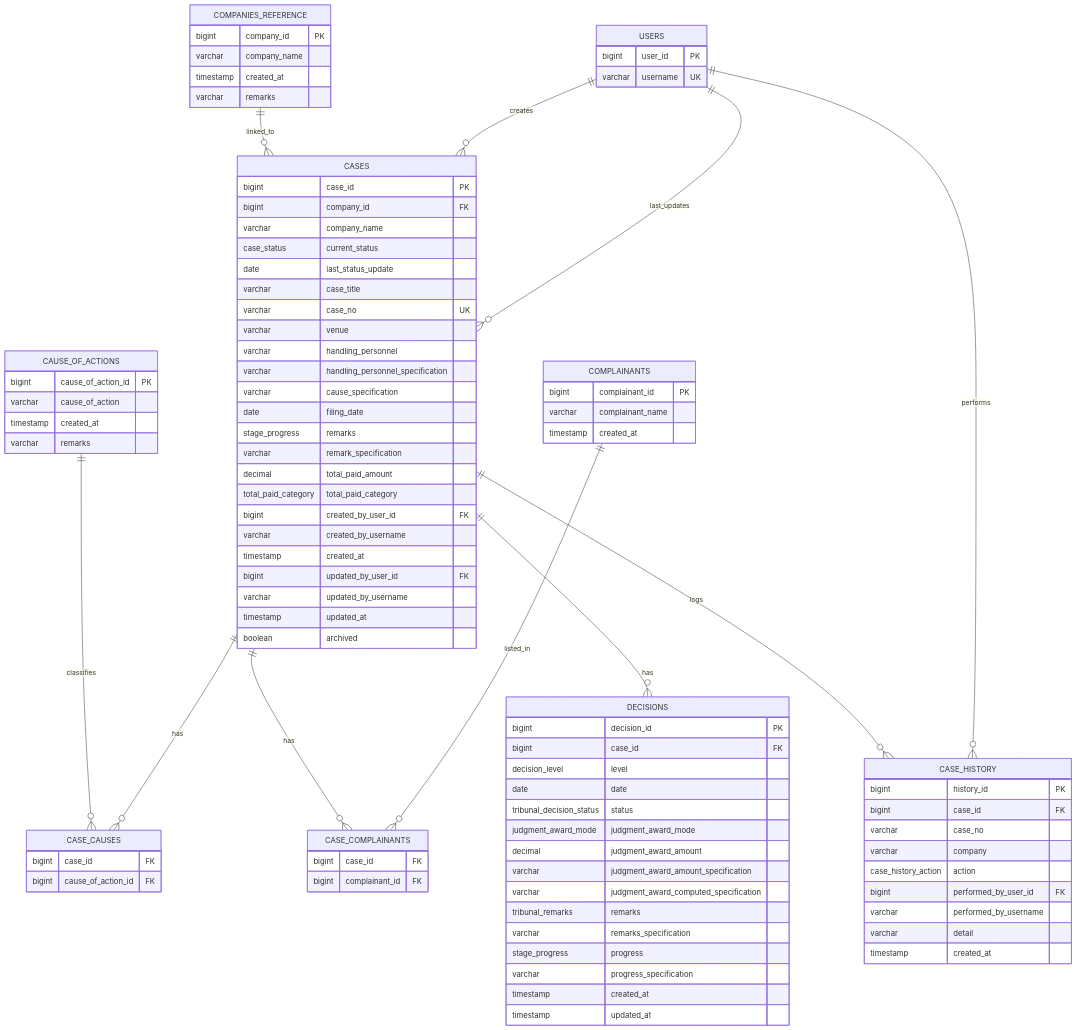
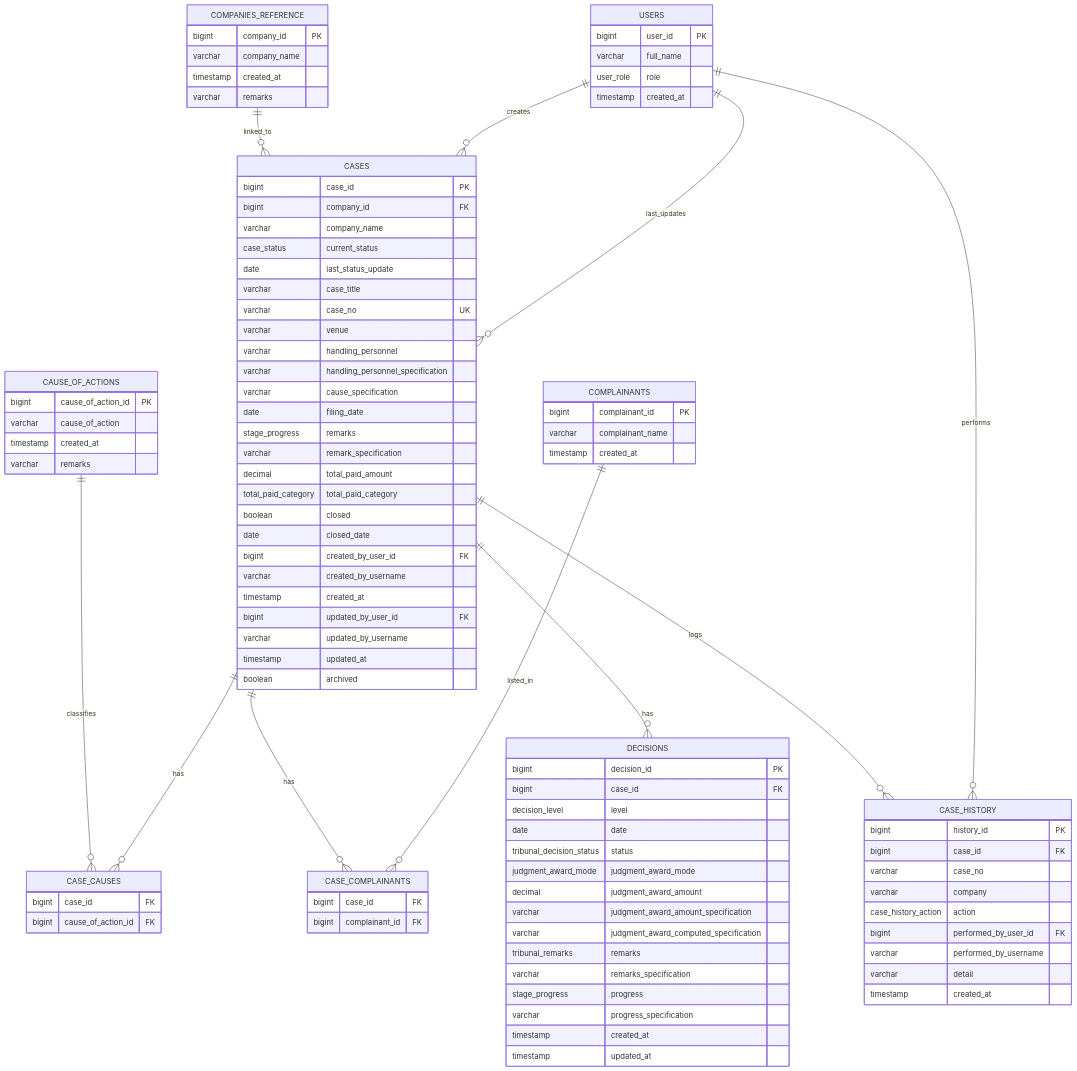
One commit to isturiscedrick/Case_Management changed the diagram in database-diagram.md. Above: the diagram before and after it, drawn with Mermaid. The commit also changed other lines of this file, not shown here.

```diff
--- a/database-diagram.md
+++ b/database-diagram.md
@@ -24,7 +24,9 @@
 
   USERS {
     bigint user_id PK
-    varchar username UK
+    varchar full_name
+    user_role role
+    timestamp created_at
   }
 
   COMPLAINANTS {
@@ -57,6 +59,8 @@
     varchar remark_specification
     decimal total_paid_amount
     total_paid_category total_paid_category
+    boolean closed
+    date closed_date
     bigint created_by_user_id FK
     varchar created_by_username
     timestamp created_at
```
